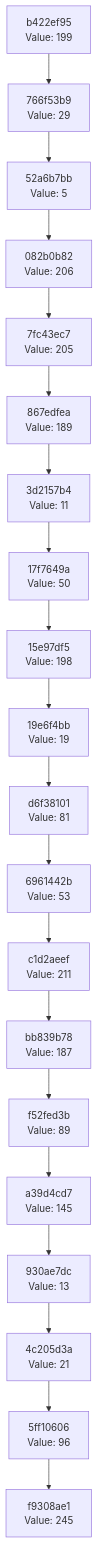
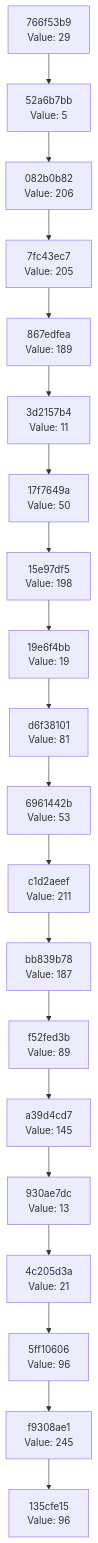
One commit to Abhisheksinha1506/hash-chain-evolver changed the diagram in docs/CHAIN_VISUALIZATION.md. Above: the diagram before and after it, drawn with Mermaid. The commit also changed 3 other files, not shown here.

````diff
--- a/docs/CHAIN_VISUALIZATION.md
+++ b/docs/CHAIN_VISUALIZATION.md
@@ -3,42 +3,42 @@
 ```mermaid
 graph TD
-    C0["f9308ae1<br/>Value: 245"]
-    C1["5ff10606<br/>Value: 96"]
+    C0["135cfe15<br/>Value: 96"]
+    C1["f9308ae1<br/>Value: 245"]
     C1 --> C0
-    C2["4c205d3a<br/>Value: 21"]
+    C2["5ff10606<br/>Value: 96"]
     C2 --> C1
-    C3["930ae7dc<br/>Value: 13"]
+    C3["4c205d3a<br/>Value: 21"]
     C3 --> C2
-    C4["a39d4cd7<br/>Value: 145"]
+    C4["930ae7dc<br/>Value: 13"]
     C4 --> C3
-    C5["f52fed3b<br/>Value: 89"]
+    C5["a39d4cd7<br/>Value: 145"]
     C5 --> C4
-    C6["bb839b78<br/>Value: 187"]
+    C6["f52fed3b<br/>Value: 89"]
     C6 --> C5
-    C7["c1d2aeef<br/>Value: 211"]
+    C7["bb839b78<br/>Value: 187"]
     C7 --> C6
-    C8["6961442b<br/>Value: 53"]
+    C8["c1d2aeef<br/>Value: 211"]
     C8 --> C7
-    C9["d6f38101<br/>Value: 81"]
+    C9["6961442b<br/>Value: 53"]
     C9 --> C8
-    C10["19e6f4bb<br/>Value: 19"]
+    C10["d6f38101<br/>Value: 81"]
     C10 --> C9
-    C11["15e97df5<br/>Value: 198"]
+    C11["19e6f4bb<br/>Value: 19"]
     C11 --> C10
-    C12["17f7649a<br/>Value: 50"]
+    C12["15e97df5<br/>Value: 198"]
     C12 --> C11
-    C13["3d2157b4<br/>Value: 11"]
+    C13["17f7649a<br/>Value: 50"]
     C13 --> C12
-    C14["867edfea<br/>Value: 189"]
+    C14["3d2157b4<br/>Value: 11"]
     C14 --> C13
-    C15["7fc43ec7<br/>Value: 205"]
+    C15["867edfea<br/>Value: 189"]
     C15 --> C14
-    C16["082b0b82<br/>Value: 206"]
+    C16["7fc43ec7<br/>Value: 205"]
     C16 --> C15
-    C17["52a6b7bb<br/>Value: 5"]
+    C17["082b0b82<br/>Value: 206"]
     C17 --> C16
-    C18["766f53b9<br/>Value: 29"]
+    C18["52a6b7bb<br/>Value: 5"]
     C18 --> C17
-    C19["b422ef95<br/>Value: 199"]
+    C19["766f53b9<br/>Value: 29"]
     C19 --> C18
 ```
````
